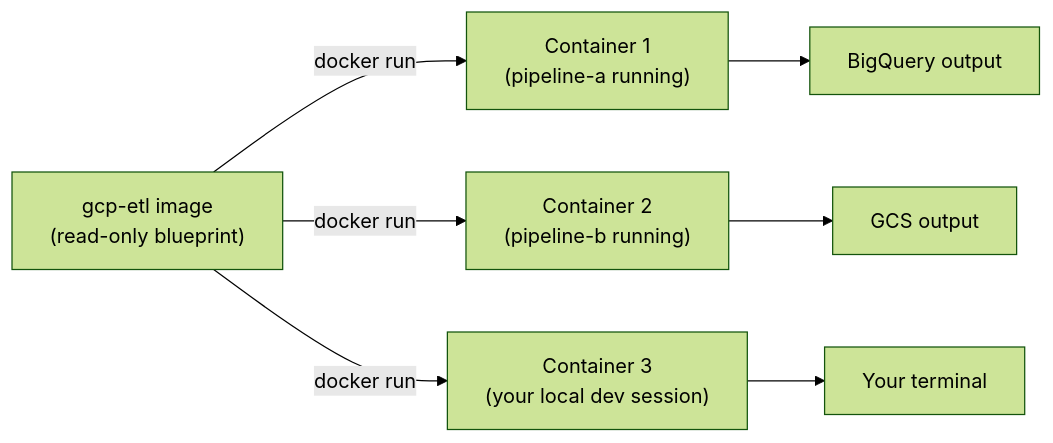
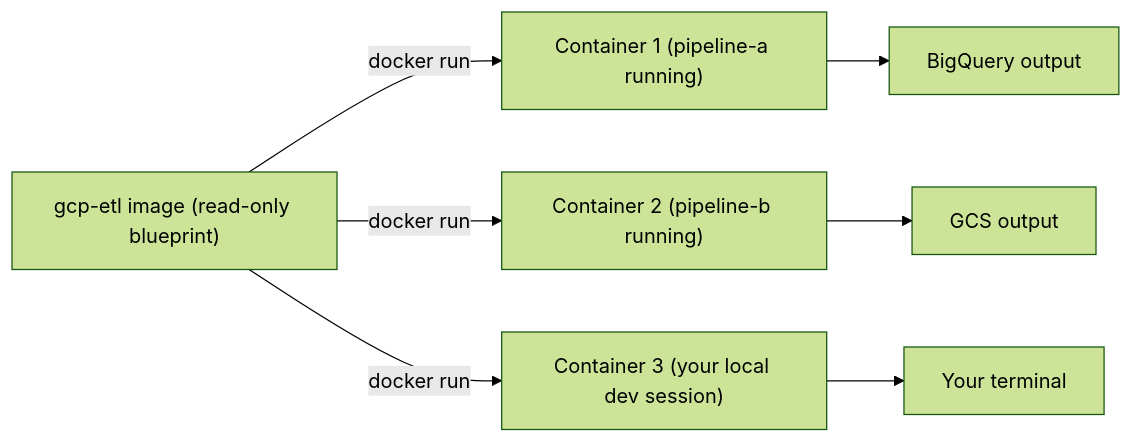
The fourth of 7 diagrams in docs/docker-containers.md (Ch3w3y/docker_gcp), drawn with Mermaid (forest theme) before and after one commit. The commit also changed other lines of this file and 10 other files, not shown here.

First line of the commit message:
Fix mermaid diagram rendering: replace literal \n with spaces

````diff
--- a/docs/docker-containers.md
+++ b/docs/docker-containers.md
@@ -182,12 +182,12 @@
 ```mermaid
 flowchart LR
-    IMG["gcp-etl image\n(read-only blueprint)"]
+    IMG["gcp-etl image (read-only blueprint)"]
 
-    IMG -->|"docker run"| C1["Container 1\n(pipeline-a running)"]
-    IMG -->|"docker run"| C2["Container 2\n(pipeline-b running)"]
-    IMG -->|"docker run"| C3["Container 3\n(your local dev session)"]
+    IMG -->|"docker run"| C1["Container 1 (pipeline-a running)"]
+    IMG -->|"docker run"| C2["Container 2 (pipeline-b running)"]
+    IMG -->|"docker run"| C3["Container 3 (your local dev session)"]
 
     C1 --> O1["BigQuery output"]
     C2 --> O2["GCS output"]
     C3 --> O3["Your terminal"]
 ```
````
